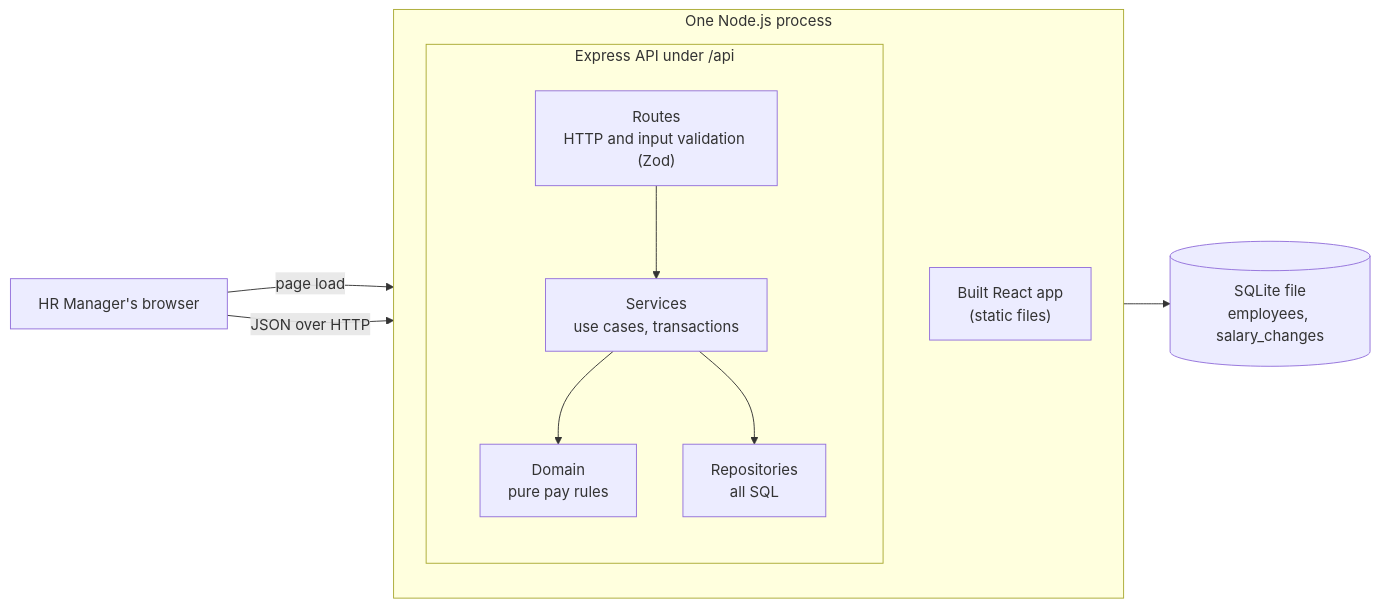
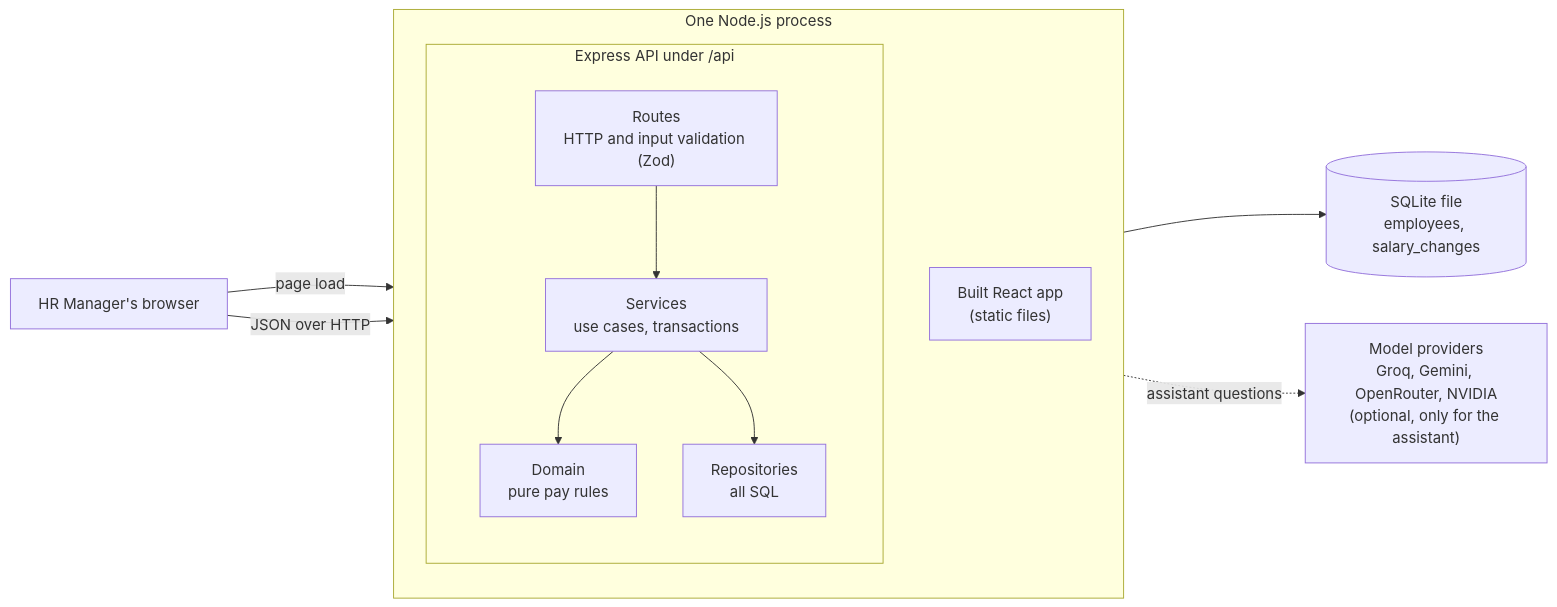
The first of 4 diagrams in docs/ARCHITECTURE.md (aakashmishra12/incubyte-salary-management), drawn with Mermaid before and after one commit. The commit also changed other lines of this file and 13 other files, not shown here.

````diff
--- a/docs/ARCHITECTURE.md
+++ b/docs/ARCHITECTURE.md
@@ -6,25 +6,27 @@
 ```mermaid
 flowchart LR
     HR[HR Manager's browser]
 
     subgraph Server["One Node.js process"]
         direction TB
         Static["Built React app<br/>(static files)"]
         subgraph API["Express API under /api"]
             direction TB
             Routes["Routes<br/>HTTP and input validation (Zod)"]
             Services["Services<br/>use cases, transactions"]
             Domain["Domain<br/>pure pay rules"]
             Repos["Repositories<br/>all SQL"]
             Routes --> Services
             Services --> Domain
             Services --> Repos
         end
     end
 
     DB[("SQLite file<br/>employees, salary_changes")]
+    AI["Model providers<br/>Groq, Gemini, OpenRouter, NVIDIA<br/>(optional, only for the assistant)"]
 
     HR -- "page load" --> Static
     HR -- "JSON over HTTP" --> Routes
     Repos --> DB
+    Services -. "assistant questions" .-> AI
 ```
````
